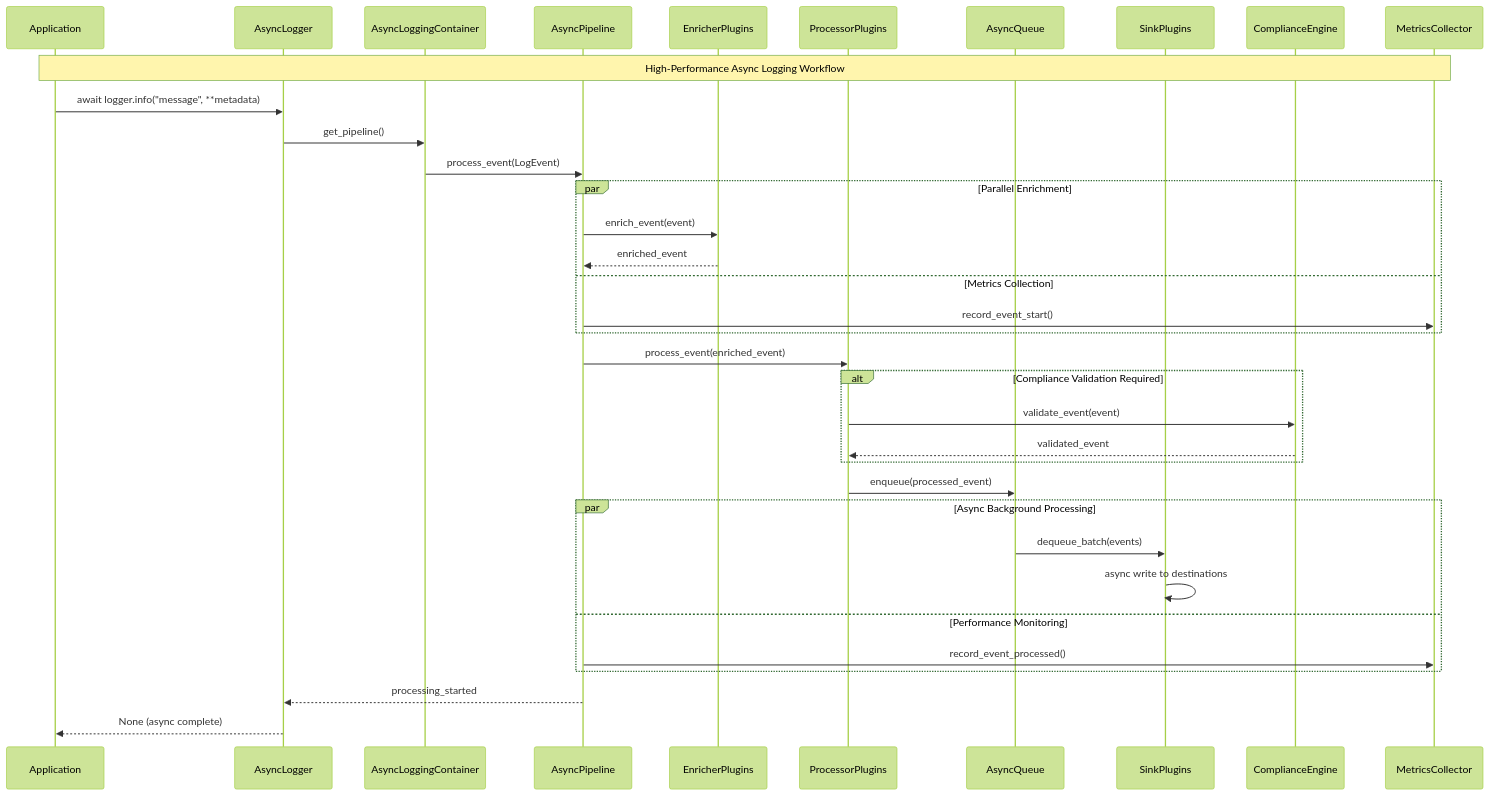
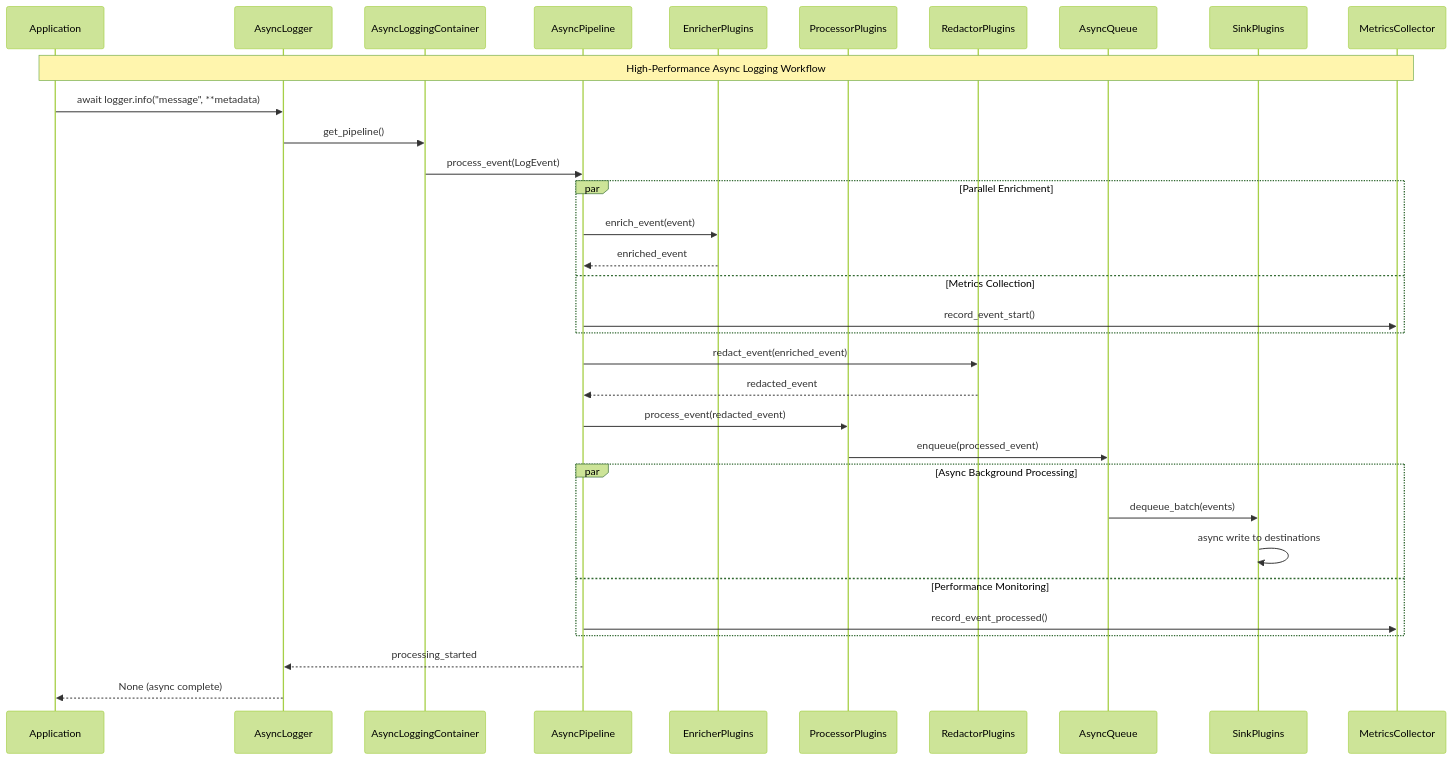
One commit to chris-haste/fapilog changed the first of 4 diagrams in docs/architecture/core-workflows.md. Above: the diagram before and after it, drawn with Mermaid (forest theme). The commit also changed other lines of this file and 7 other files, not shown here.

First line of the commit message:
docs(architecture): remove stale component references

````diff
--- a/docs/architecture/core-workflows.md
+++ b/docs/architecture/core-workflows.md
@@ -7,45 +7,43 @@
 ```mermaid
 sequenceDiagram
     participant App as Application
     participant Logger as AsyncLogger
     participant Container as AsyncLoggingContainer
     participant Pipeline as AsyncPipeline
     participant Enricher as EnricherPlugins
     participant Processor as ProcessorPlugins
+    participant Redactor as RedactorPlugins
     participant Queue as AsyncQueue
     participant Sink as SinkPlugins
-    participant Compliance as ComplianceEngine
     participant Metrics as MetricsCollector
 
     Note over App, Metrics: High-Performance Async Logging Workflow
 
     App->>Logger: await logger.info("message", **metadata)
     Logger->>Container: get_pipeline()
     Container->>Pipeline: process_event(LogEvent)
 
     par Parallel Enrichment
         Pipeline->>Enricher: enrich_event(event)
         Enricher-->>Pipeline: enriched_event
     and Metrics Collection
         Pipeline->>Metrics: record_event_start()
     end
 
-    Pipeline->>Processor: process_event(enriched_event)
+    Pipeline->>Redactor: redact_event(enriched_event)
+    Redactor-->>Pipeline: redacted_event
 
-    alt Compliance Validation Required
-        Processor->>Compliance: validate_event(event)
-        Compliance-->>Processor: validated_event
-    end
+    Pipeline->>Processor: process_event(redacted_event)
 
     Processor->>Queue: enqueue(processed_event)
 
     par Async Background Processing
         Queue->>Sink: dequeue_batch(events)
         Sink->>Sink: async write to destinations
     and Performance Monitoring
         Pipeline->>Metrics: record_event_processed()
     end
 
     Pipeline-->>Logger: processing_started
     Logger-->>App: None (async complete)
 ```
````
